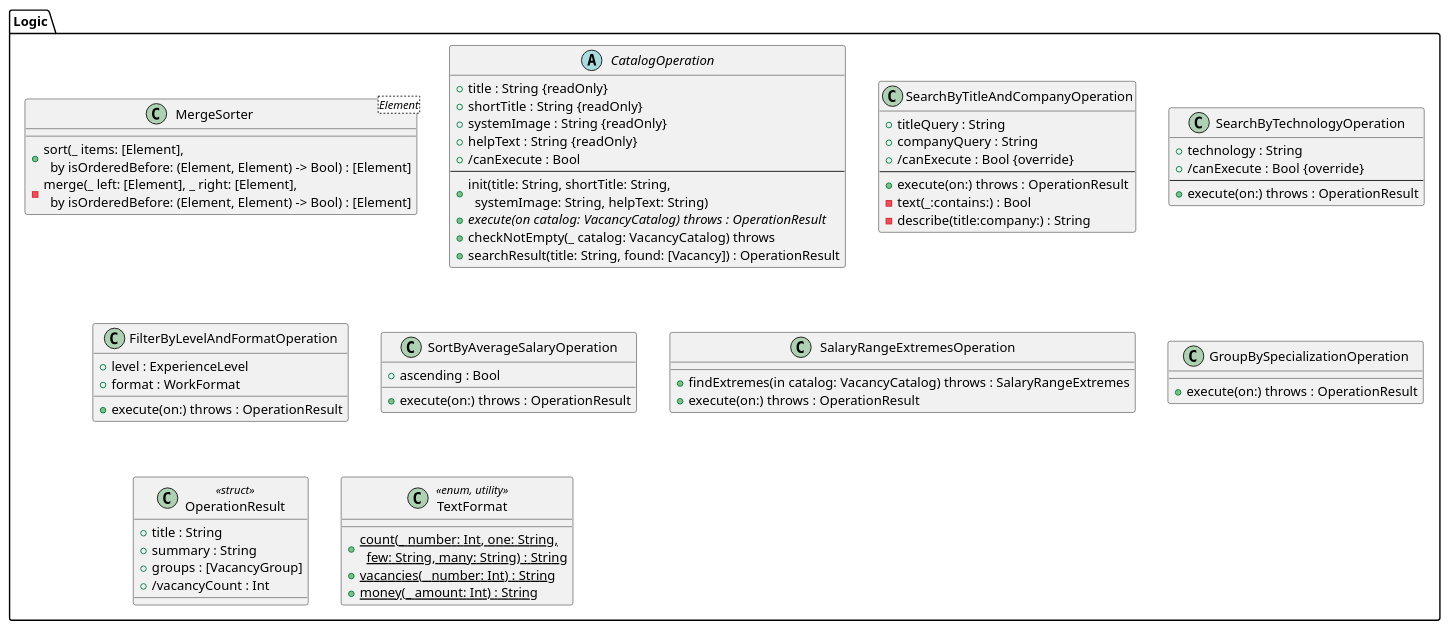
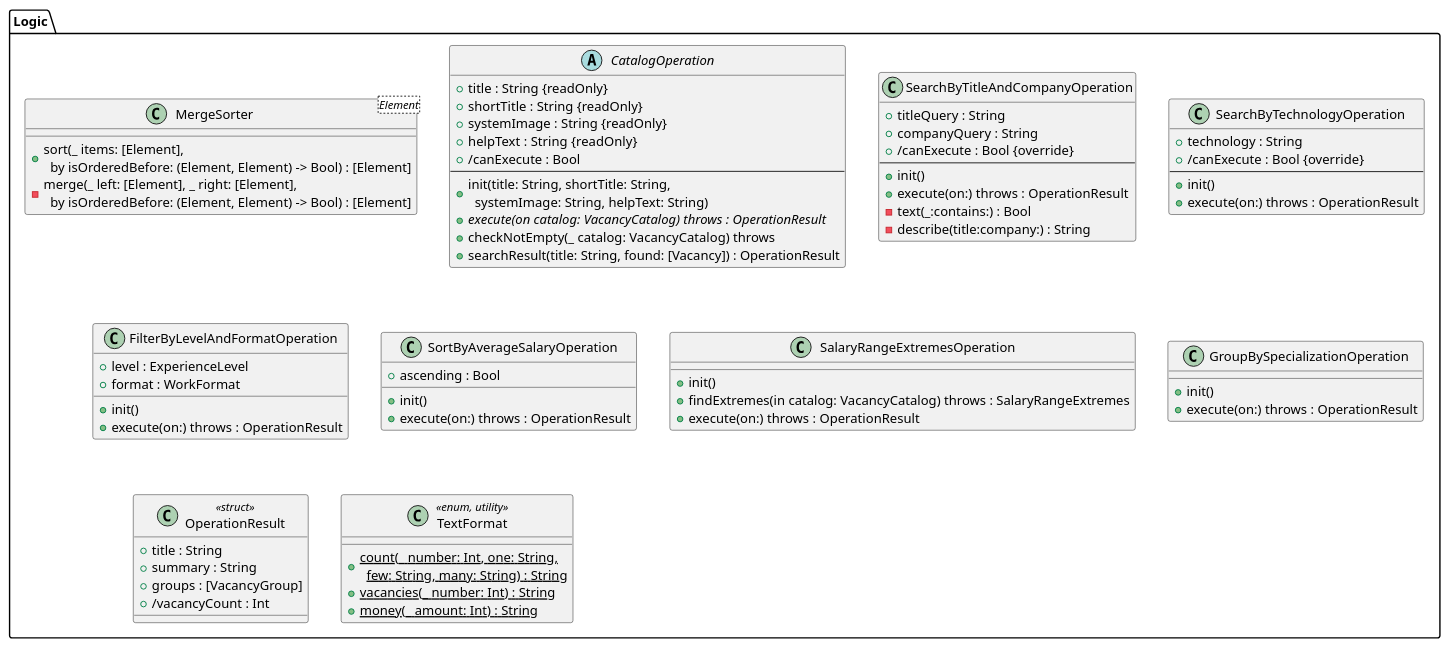
The diagram in docs/uml/2-classes/types/operations.iuml (goosedum/kursova-1), drawn with PlantUML before and after one commit. The commit also changed 19 other files, not shown here.

First line of the commit message:
Етап 4.15: документація коду, звірка UML з кодом

```diff
--- a/docs/uml/2-classes/types/operations.iuml
+++ b/docs/uml/2-classes/types/operations.iuml
@@ -1,61 +1,67 @@
 ' Шар Logic — функції 1–6 (CatalogOperation і підкласи), сортування злиттям, результат. Підключається з діаграм у docs/uml/2-classes (крок 3.2). Джерело — .claude/plan/02-architecture.md §3.
 package "Logic" {
   class "MergeSorter<Element>" as MergeSorter {
     + sort(_ items: [Element],\n  by isOrderedBefore: (Element, Element) -> Bool) : [Element]
     - merge(_ left: [Element], _ right: [Element],\n  by isOrderedBefore: (Element, Element) -> Bool) : [Element]
   }
   abstract class CatalogOperation {
     + title : String {readOnly}
     + shortTitle : String {readOnly}
     + systemImage : String {readOnly}
     + helpText : String {readOnly}
     + /canExecute : Bool
     --
     + init(title: String, shortTitle: String,\n  systemImage: String, helpText: String)
     + {abstract} execute(on catalog: VacancyCatalog) throws : OperationResult
     + checkNotEmpty(_ catalog: VacancyCatalog) throws
     + searchResult(title: String, found: [Vacancy]) : OperationResult
   }
   class SearchByTitleAndCompanyOperation {
     + titleQuery : String
     + companyQuery : String
     + /canExecute : Bool {override}
     --
+    + init()
     + execute(on:) throws : OperationResult
     - text(_:contains:) : Bool
     - describe(title:company:) : String
   }
   class SearchByTechnologyOperation {
     + technology : String
     + /canExecute : Bool {override}
     --
+    + init()
     + execute(on:) throws : OperationResult
   }
   class FilterByLevelAndFormatOperation {
     + level : ExperienceLevel
     + format : WorkFormat
+    + init()
     + execute(on:) throws : OperationResult
   }
   class SortByAverageSalaryOperation {
     + ascending : Bool
+    + init()
     + execute(on:) throws : OperationResult
   }
   class SalaryRangeExtremesOperation {
+    + init()
     + findExtremes(in catalog: VacancyCatalog) throws : SalaryRangeExtremes
     + execute(on:) throws : OperationResult
   }
   class GroupBySpecializationOperation {
+    + init()
     + execute(on:) throws : OperationResult
   }
   class OperationResult <<struct>> {
     + title : String
     + summary : String
     + groups : [VacancyGroup]
     + /vacancyCount : Int
   }
   class TextFormat <<enum, utility>> {
     + {static} count(_ number: Int, one: String,\n  few: String, many: String) : String
     + {static} vacancies(_ number: Int) : String
     + {static} money(_ amount: Int) : String
   }
 }
```
